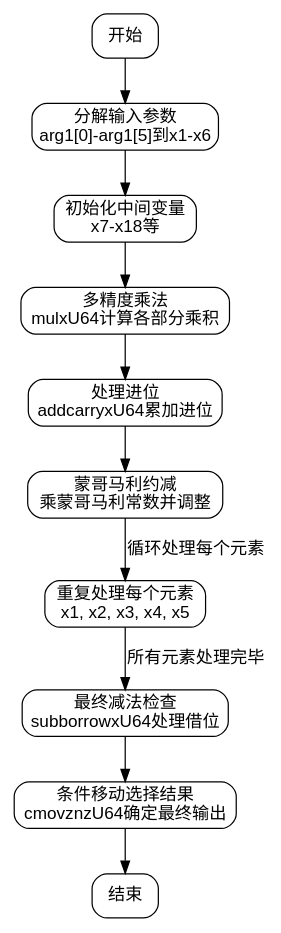
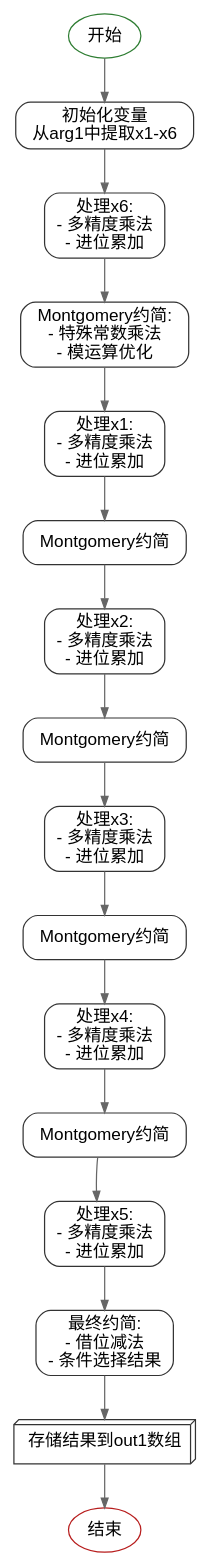
Before and after one commit to sdzx-1/deepseek-zig-reader: the diagram in dot_std/crypto/pcurves/p384/p384_scalar_64.zig.square.md, drawn with Graphviz. The commit also changed other lines of this file and 236 other files, not shown here.

````diff
--- a/dot_std/crypto/pcurves/p384/p384_scalar_64.zig.square.md
+++ b/dot_std/crypto/pcurves/p384/p384_scalar_64.zig.square.md
@@ -46,27 +30,43 @@
 ```dot
 digraph flowchart {
-    node [shape=rectangle, style="rounded", fontname="Arial"];
-    edge [fontname="Arial"];
-    
-    start [label="开始"];
-    decompose_input [label="分解输入参数\narg1[0]-arg1[5]到x1-x6"];
-    init_vars [label="初始化中间变量\nx7-x18等"];
-    multiply_step [label="多精度乘法\nmulxU64计算各部分乘积"];
-    handle_carries [label="处理进位\naddcarryxU64累加进位"];
-    montgomery_reduce [label="蒙哥马利约减\n乘蒙哥马利常数并调整"];
-    repeat_process [label="重复处理每个元素\nx1, x2, x3, x4, x5"];
-    final_subtract [label="最终减法检查\nsubborrowxU64处理借位"];
-    cmov_conditional [label="条件移动选择结果\ncmovznzU64确定最终输出"];
-    end [label="结束"];
+    node [shape=rectangle, style="rounded", fontname="Helvetica", fillcolor="#E5E5E5", color="#333333"];
+    edge [color="#666666", arrowsize=0.8];
 
-    start -> decompose_input;
-    decompose_input -> init_vars;
-    init_vars -> multiply_step;
-    multiply_step -> handle_carries;
-    handle_carries -> montgomery_reduce;
-    montgomery_reduce -> repeat_process [label="循环处理每个元素"];
-    repeat_process -> final_subtract [label="所有元素处理完毕"];
-    final_subtract -> cmov_conditional;
-    cmov_conditional -> end;
+    start [label="开始", shape=ellipse, fillcolor="#4CAF50", color="#2E7D32"];
+    init [label="初始化变量\n从arg1中提取x1-x6"];
+    process_x6 [label="处理x6:\n- 多精度乘法\n- 进位累加"];
+    montgomery_reduce_1 [label="Montgomery约简:\n- 特殊常数乘法\n- 模运算优化"];
+    process_x1 [label="处理x1:\n- 多精度乘法\n- 进位累加"];
+    montgomery_reduce_2 [label="Montgomery约简"];
+    process_x2 [label="处理x2:\n- 多精度乘法\n- 进位累加"];
+    montgomery_reduce_3 [label="Montgomery约简"];
+    process_x3 [label="处理x3:\n- 多精度乘法\n- 进位累加"];
+    montgomery_reduce_4 [label="Montgomery约简"];
+    process_x4 [label="处理x4:\n- 多精度乘法\n- 进位累加"];
+    montgomery_reduce_5 [label="Montgomery约简"];
+    process_x5 [label="处理x5:\n- 多精度乘法\n- 进位累加"];
+    final_reduce [label="最终约简:\n- 借位减法\n- 条件选择结果"];
+    output [label="存储结果到out1数组", shape=box3d];
+    end [label="结束", shape=ellipse, fillcolor="#FF5252", color="#B71C1C"];
+
+    start -> init;
+    init -> process_x6;
+    process_x6 -> montgomery_reduce_1;
+    montgomery_reduce_1 -> process_x1;
+    process_x1 -> montgomery_reduce_2;
+    montgomery_reduce_2 -> process_x2;
+    process_x2 -> montgomery_reduce_3;
+    montgomery_reduce_3 -> process_x3;
+    process_x3 -> montgomery_reduce_4;
+    montgomery_reduce_4 -> process_x4;
+    process_x4 -> montgomery_reduce_5;
+    montgomery_reduce_5 -> process_x5;
+    process_x5 -> final_reduce;
+    final_reduce -> output;
+    output -> end;
+
+    // 隐式循环结构表示
+    edge [style=invis];
+    montgomery_reduce_5 -> process_x5 [weight=10];
 }
-``` 
+```
````
